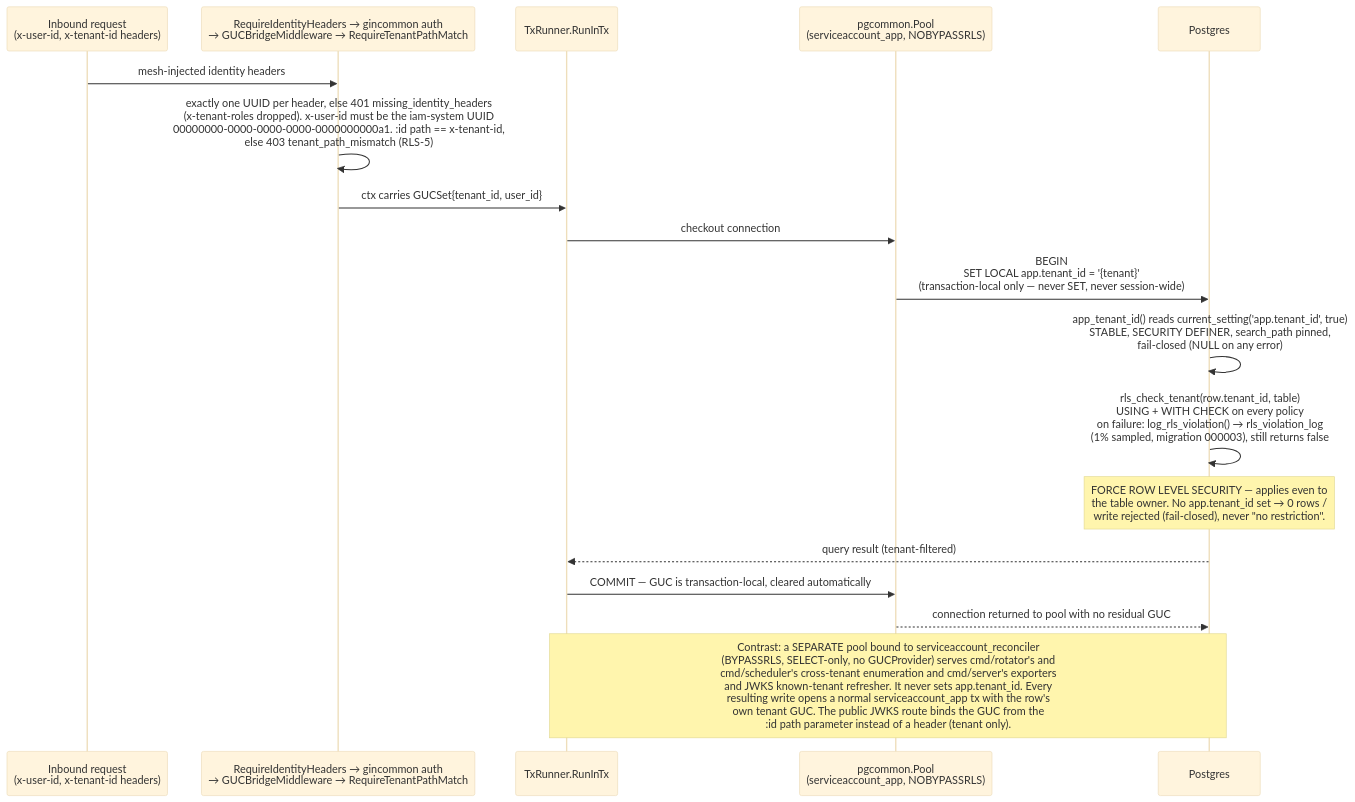
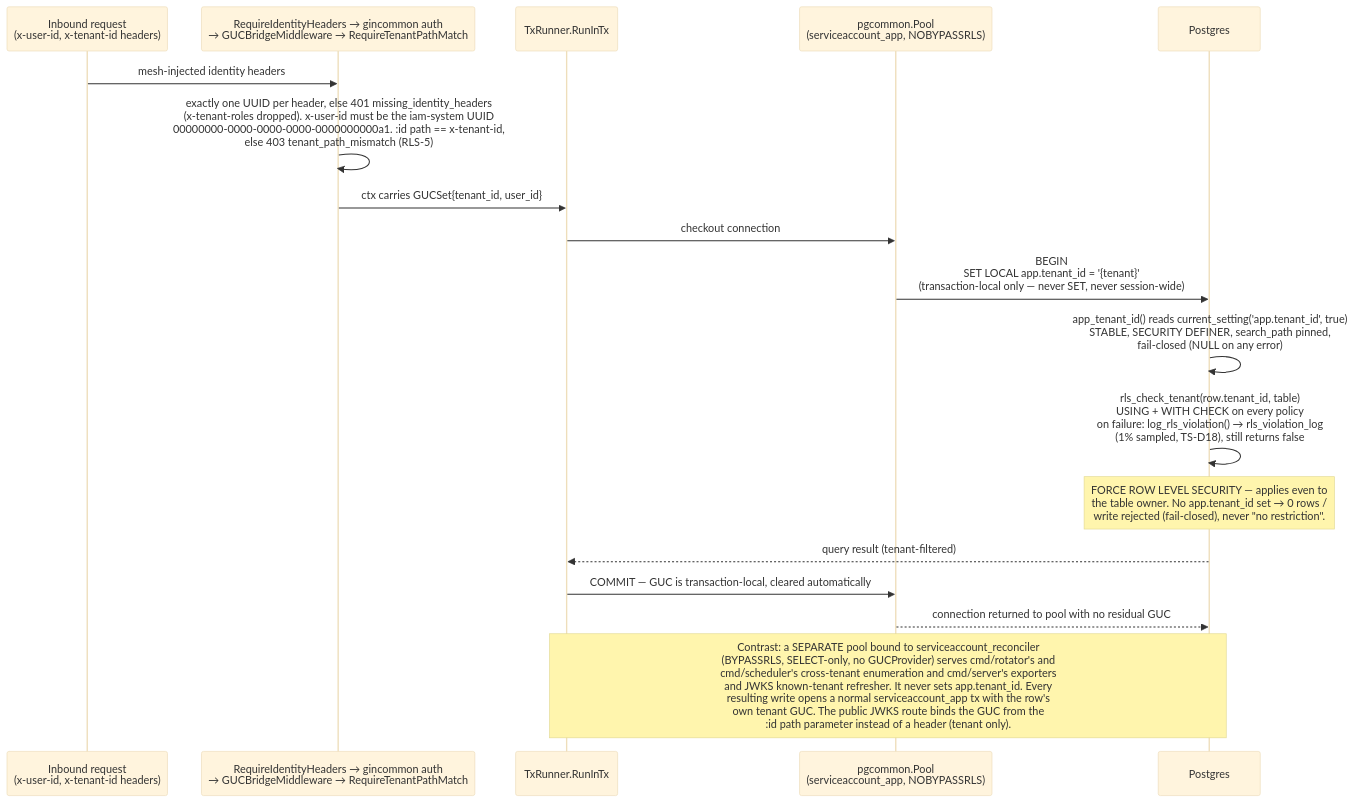
The ninth of 13 diagrams in ARCHITECTURE.md (BCBP-SOLUTIONS-FZC-LLC/iam-token-service), drawn with Mermaid (base theme) before and after one commit. The commit also changed other lines of this file and 75 other files, not shown here.

````diff
--- a/ARCHITECTURE.md
+++ b/ARCHITECTURE.md
@@ -824,22 +824,22 @@
 ```mermaid
 sequenceDiagram
     participant REQ as Inbound request<br/>(x-user-id, x-tenant-id headers)
     participant MW as RequireIdentityHeaders → gincommon auth<br/>→ GUCBridgeMiddleware → RequireTenantPathMatch
     participant TX as TxRunner.RunInTx
     participant POOL as pgcommon.Pool<br/>(serviceaccount_app, NOBYPASSRLS)
     participant PG as Postgres
 
     REQ->>MW: mesh-injected identity headers
     MW->>MW: exactly one UUID per header, else 401 missing_identity_headers<br/>(x-tenant-roles dropped). x-user-id must be the iam-system UUID<br/>00000000-0000-0000-0000-0000000000a1. :id path == x-tenant-id,<br/>else 403 tenant_path_mismatch (RLS-5)
     MW->>TX: ctx carries GUCSet{tenant_id, user_id}
     TX->>POOL: checkout connection
     POOL->>PG: BEGIN<br/>SET LOCAL app.tenant_id = '{tenant}'<br/>(transaction-local only — never SET, never session-wide)
     PG->>PG: app_tenant_id() reads current_setting('app.tenant_id', true)<br/>STABLE, SECURITY DEFINER, search_path pinned,<br/>fail-closed (NULL on any error)
-    PG->>PG: rls_check_tenant(row.tenant_id, table)<br/>USING + WITH CHECK on every policy<br/>on failure: log_rls_violation() → rls_violation_log<br/>(1% sampled, migration 000003), still returns false
+    PG->>PG: rls_check_tenant(row.tenant_id, table)<br/>USING + WITH CHECK on every policy<br/>on failure: log_rls_violation() → rls_violation_log<br/>(1% sampled, TS-D18), still returns false
     Note over PG: FORCE ROW LEVEL SECURITY — applies even to<br/>the table owner. No app.tenant_id set → 0 rows /<br/>write rejected (fail-closed), never "no restriction".
     PG-->>TX: query result (tenant-filtered)
     TX->>POOL: COMMIT — GUC is transaction-local, cleared automatically
     POOL-->>PG: connection returned to pool with no residual GUC
 
     Note over TX,PG: Contrast: a SEPARATE pool bound to serviceaccount_reconciler<br/>(BYPASSRLS, SELECT-only, no GUCProvider) serves cmd/rotator's and<br/>cmd/scheduler's cross-tenant enumeration and cmd/server's exporters<br/>and JWKS known-tenant refresher. It never sets app.tenant_id. Every<br/>resulting write opens a normal serviceaccount_app tx with the row's<br/>own tenant GUC. The public JWKS route binds the GUC from the<br/>:id path parameter instead of a header (tenant only).
 ```
````
